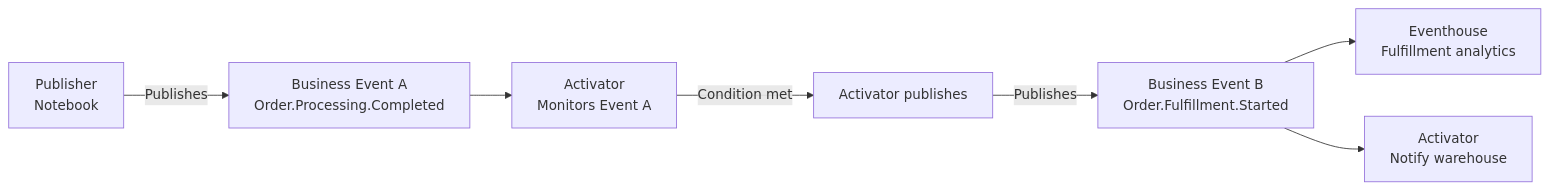
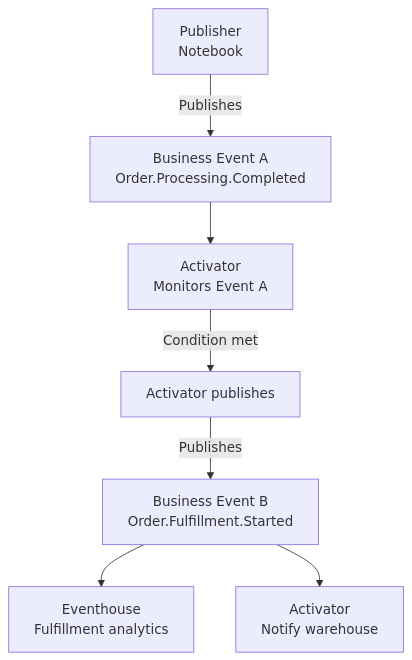
The diagram in docs/business-events/recipes/chain-two-business-events.md (microsoft/fabric-events), drawn with Mermaid before and after one commit. The commit also changed 15 other files, not shown here.

````diff
--- a/docs/business-events/recipes/chain-two-business-events.md
+++ b/docs/business-events/recipes/chain-two-business-events.md
@@ -11,9 +11,9 @@
 ```mermaid
-flowchart LR
+flowchart TB
     P1[Publisher\nNotebook] -->|Publishes| E1[Business Event A\nOrder.Processing.Completed]
     E1 --> ACT[Activator\nMonitors Event A]
     ACT -->|Condition met| P2[Activator publishes]
     P2 -->|Publishes| E2[Business Event B\nOrder.Fulfillment.Started]
     E2 --> C1[Eventhouse\nFulfillment analytics]
     E2 --> C2[Activator\nNotify warehouse]
 ```
````
